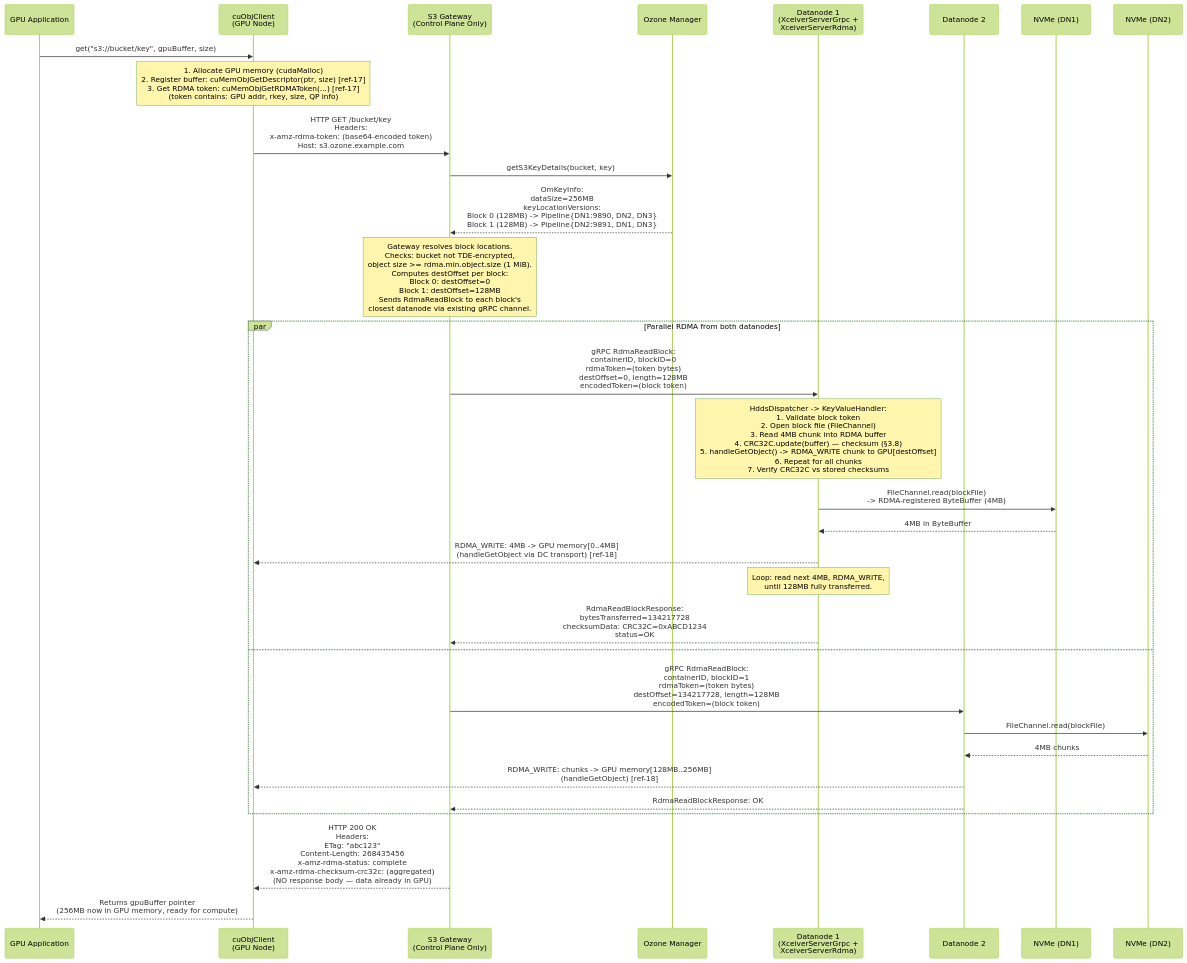
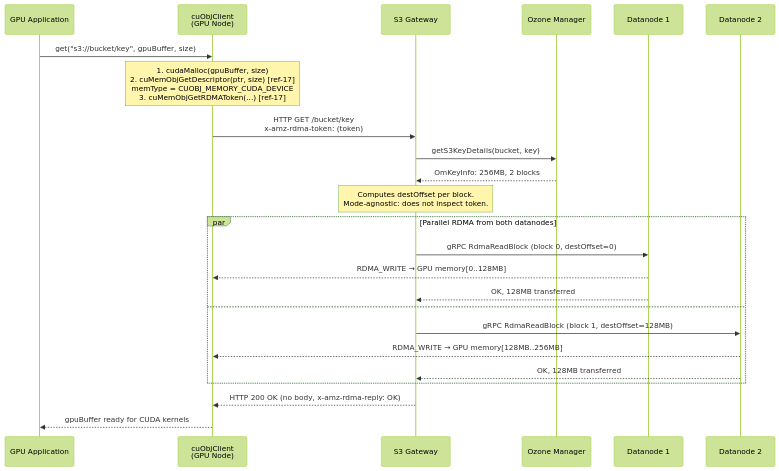
The fifth of 10 diagrams in docs/gds-dn-direct-rdma-implementation-spec.md (ptlrs/ozone), drawn with Mermaid (forest theme) before and after one commit. The commit also changed other lines of this file and 1 other file, not shown here.

Commit message:
GPUDIRECT. Update GPUDirect Storage spec to v7.0 with dual-mode GPU/host-memory RDMA support, extended cloud deployment recommendations, and updated architectural flow diagrams

````diff
--- a/docs/gds-dn-direct-rdma-implementation-spec.md
+++ b/docs/gds-dn-direct-rdma-implementation-spec.md
@@ -308,40 +434,32 @@
 ```mermaid
 sequenceDiagram
   participant App as GPU Application
   participant cuObj as cuObjClient<br/>(GPU Node)
-  participant GW as S3 Gateway<br/>(Control Plane Only)
+  participant GW as S3 Gateway
   participant OM as Ozone Manager
-  participant DN1 as Datanode 1<br/>(XceiverServerGrpc +<br/>XceiverServerRdma)
+  participant DN1 as Datanode 1
   participant DN2 as Datanode 2
-  participant Disk1 as NVMe (DN1)
-  participant Disk2 as NVMe (DN2)
 
   App ->> cuObj: get("s3://bucket/key", gpuBuffer, size)
-  Note over cuObj: 1. Allocate GPU memory (cudaMalloc)<br/>2. Register buffer: cuMemObjGetDescriptor(ptr, size) [ref-17]<br/>3. Get RDMA token: cuMemObjGetRDMAToken(...) [ref-17]<br/>(token contains: GPU addr, rkey, size, QP info)
+  Note over cuObj: 1. cudaMalloc(gpuBuffer, size)<br/>2. cuMemObjGetDescriptor(ptr, size) [ref-17]<br/>   memType = CUOBJ_MEMORY_CUDA_DEVICE<br/>3. cuMemObjGetRDMAToken(...) [ref-17]
 
-  cuObj ->> GW: HTTP GET /bucket/key<br/>Headers:<br/> x-amz-rdma-token: (base64-encoded token)<br/> Host: s3.ozone.example.com
+  cuObj ->> GW: HTTP GET /bucket/key<br/>x-amz-rdma-token: (token)
 
   GW ->> OM: getS3KeyDetails(bucket, key)
-  OM -->> GW: OmKeyInfo:<br/> dataSize=256MB<br/> keyLocationVersions:<br/> Block 0 (128MB) -> Pipeline{DN1:9890, DN2, DN3}<br/> Block 1 (128MB) -> Pipeline{DN2:9891, DN1, DN3}
+  OM -->> GW: OmKeyInfo: 256MB, 2 blocks
 
-  Note over GW: Gateway resolves block locations.<br/>Checks: bucket not TDE-encrypted,<br/>object size >= rdma.min.object.size (1 MiB).<br/>Computes destOffset per block:<br/> Block 0: destOffset=0<br/> Block 1: destOffset=128MB<br/>Sends RdmaReadBlock to each block's<br/>closest datanode via existing gRPC channel.
+  Note over GW: Computes destOffset per block.<br/>Mode-agnostic: does not inspect token.
 
   par Parallel RDMA from both datanodes
-    GW ->> DN1: gRPC RdmaReadBlock:<br/> containerID, blockID=0<br/> rdmaToken=(token bytes)<br/> destOffset=0, length=128MB<br/> encodedToken=(block token)
-    Note over DN1: HddsDispatcher -> KeyValueHandler:<br/>1. Validate block token<br/>2. Open block file (FileChannel)<br/>3. Read 4MB chunk into RDMA buffer<br/>4. CRC32C.update(buffer) — checksum (§3.8)<br/>5. handleGetObject() -> RDMA_WRITE chunk to GPU[destOffset]<br/>6. Repeat for all chunks<br/>7. Verify CRC32C vs stored checksums
-    DN1 ->> Disk1: FileChannel.read(blockFile)<br/>-> RDMA-registered ByteBuffer (4MB)
-    Disk1 -->> DN1: 4MB in ByteBuffer
-    DN1 -->> cuObj: RDMA_WRITE: 4MB -> GPU memory[0..4MB]<br/>(handleGetObject via DC transport) [ref-18]
-    Note over DN1: Loop: read next 4MB, RDMA_WRITE,<br/>until 128MB fully transferred.
-    DN1 -->> GW: RdmaReadBlockResponse:<br/> bytesTransferred=134217728<br/> checksumData: CRC32C=0xABCD1234<br/> status=OK
+    GW ->> DN1: gRPC RdmaReadBlock (block 0, destOffset=0)
+    DN1 -->> cuObj: RDMA_WRITE → GPU memory[0..128MB]
+    DN1 -->> GW: OK, 128MB transferred
   and
-    GW ->> DN2: gRPC RdmaReadBlock:<br/> containerID, blockID=1<br/> rdmaToken=(token bytes)<br/> destOffset=134217728, length=128MB<br/> encodedToken=(block token)
-    DN2 ->> Disk2: FileChannel.read(blockFile)
-    Disk2 -->> DN2: 4MB chunks
-    DN2 -->> cuObj: RDMA_WRITE: chunks -> GPU memory[128MB..256MB]<br/>(handleGetObject) [ref-18]
-    DN2 -->> GW: RdmaReadBlockResponse: OK
+    GW ->> DN2: gRPC RdmaReadBlock (block 1, destOffset=128MB)
+    DN2 -->> cuObj: RDMA_WRITE → GPU memory[128MB..256MB]
+    DN2 -->> GW: OK, 128MB transferred
   end
 
-  GW -->> cuObj: HTTP 200 OK<br/>Headers:<br/> ETag: "abc123"<br/> Content-Length: 268435456<br/> x-amz-rdma-status: complete<br/> x-amz-rdma-checksum-crc32c: (aggregated)<br/>(NO response body — data already in GPU)
-  cuObj -->> App: Returns gpuBuffer pointer<br/>(256MB now in GPU memory, ready for compute)
+  GW -->> cuObj: HTTP 200 OK (no body, x-amz-rdma-reply: OK)
+  cuObj -->> App: gpuBuffer ready for CUDA kernels
 ```
````
